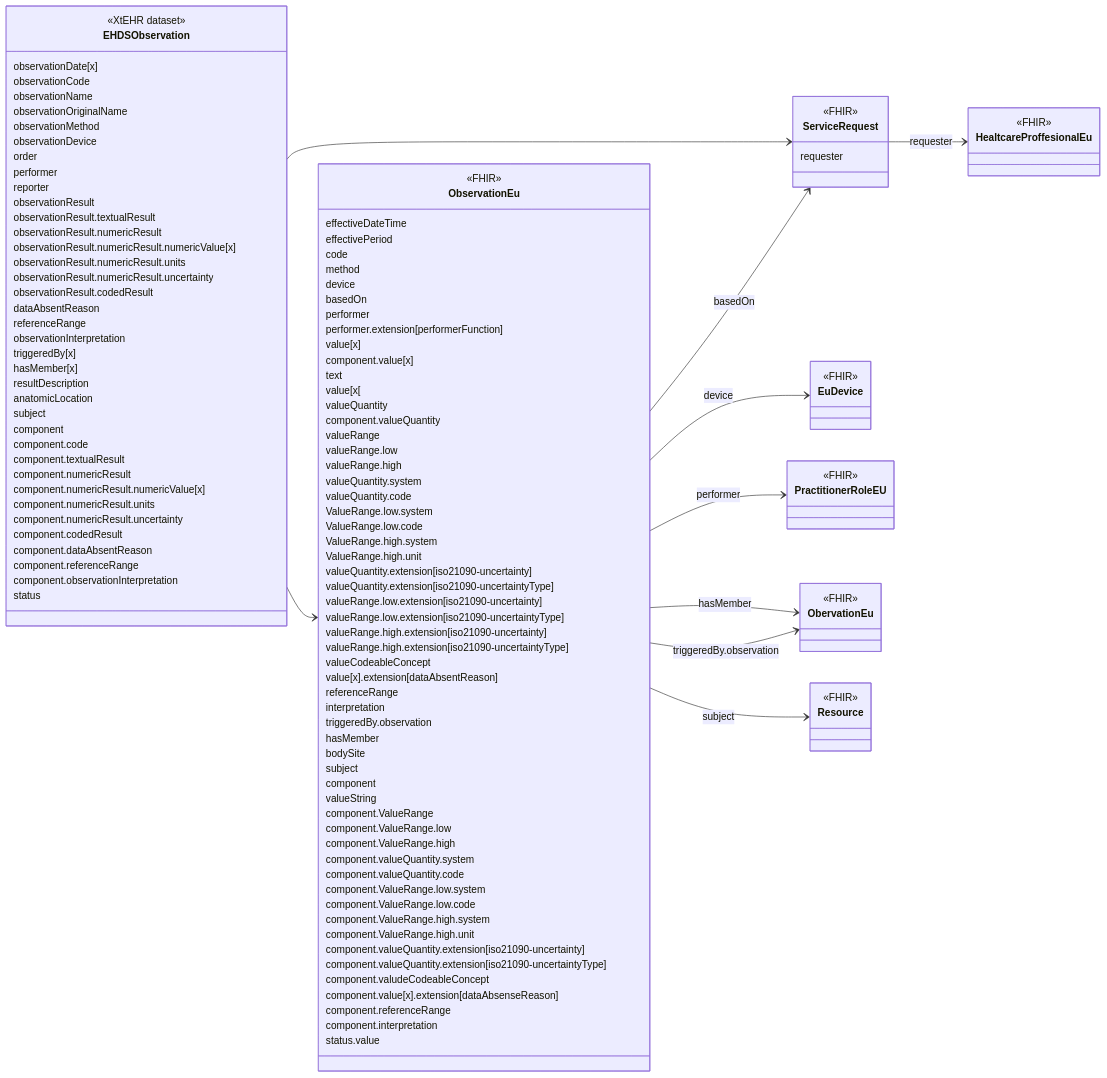
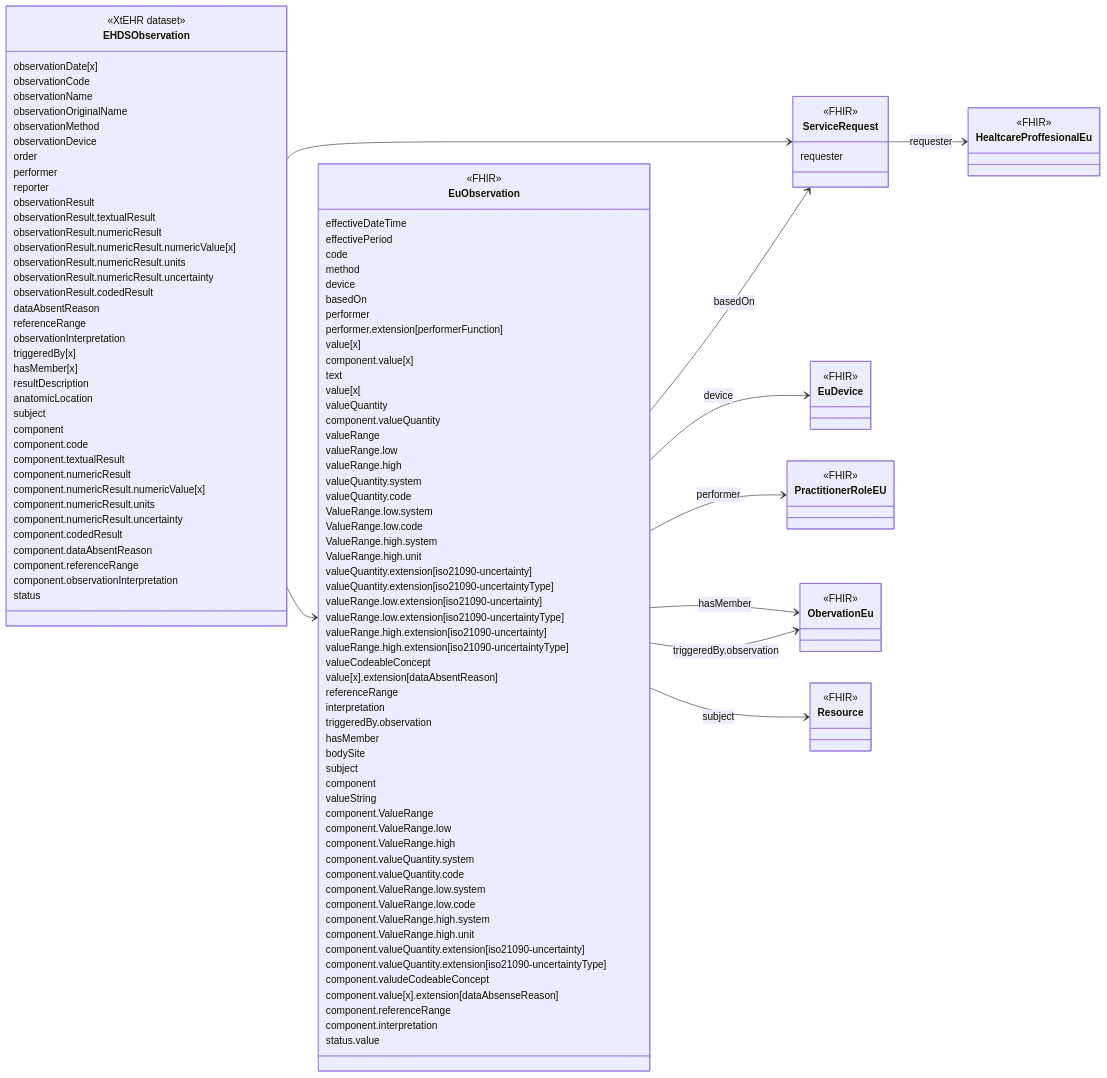
The diagram in new/input/intro-notes/ConceptMap-EHDSObservationMap-intro.md (oijauregui/ehdsimaging), drawn with Mermaid before and after one commit. The commit also changed 162 other files, not shown here.

````diff
--- a/new/input/intro-notes/ConceptMap-EHDSObservationMap-intro.md
+++ b/new/input/intro-notes/ConceptMap-EHDSObservationMap-intro.md
@@ -45,7 +45,7 @@
   status
 }
 link EHDSObservation "https://build.fhir.org/ig/Xt-EHR/xt-ehr-common/StructureDefinition-EHDSObservation.html"
-class ObservationEu{
+class EuObservation{
   <<FHIR>>
   effectiveDateTime
   effectivePeriod
@@ -127,13 +127,13 @@
 class HealtcareProffesionalEu {
   <<FHIR>>
 }
-EHDSObservation --> ObservationEu
-ObservationEu --> EuDevice : device
-ObservationEu --> ServiceRequest : basedOn
-ObservationEu --> PractitionerRoleEU : performer
-ObservationEu --> ObervationEu : triggeredBy.observation
-ObservationEu --> ObervationEu : hasMember
-ObservationEu --> Resource : subject
+EHDSObservation --> EuObservation
+EuObservation --> EuDevice : device
+EuObservation --> ServiceRequest : basedOn
+EuObservation --> PractitionerRoleEU : performer
+EuObservation --> ObervationEu : triggeredBy.observation
+EuObservation --> ObervationEu : hasMember
+EuObservation --> Resource : subject
 EHDSObservation --> ServiceRequest
 ServiceRequest --> HealtcareProffesionalEu : requester
 ```
````
